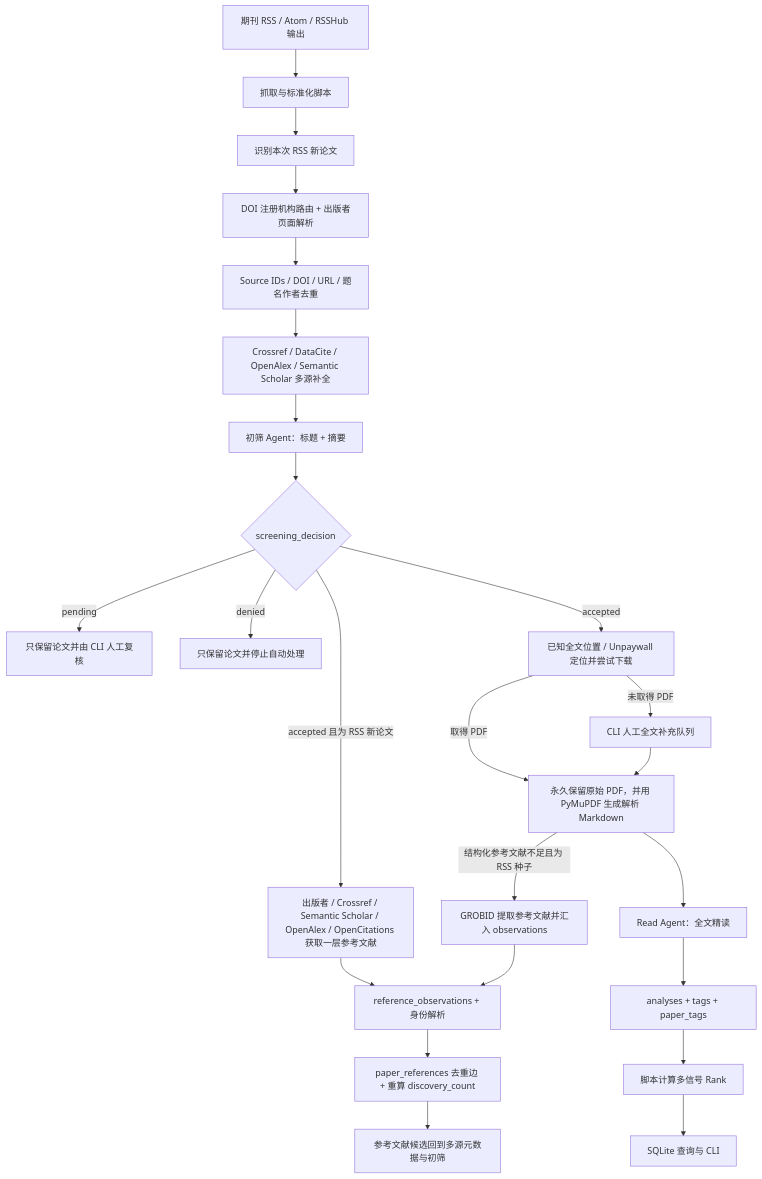
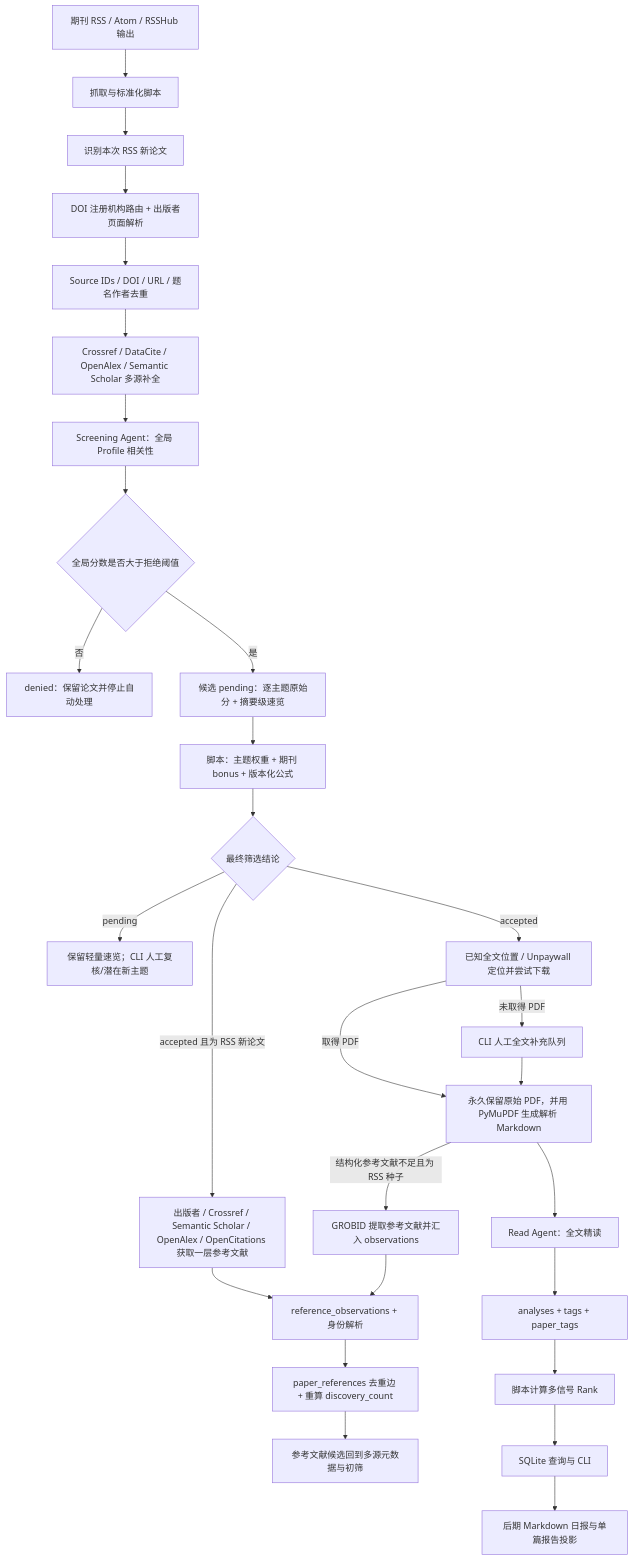
One commit to MeteoBoy4/PaperRadar changed the diagram in intent/draft.md. Above: the diagram before and after it, drawn with Mermaid. The commit also changed other lines of this file, not shown here.

````diff
--- a/intent/draft.md
+++ b/intent/draft.md
@@ -32,26 +36,30 @@
 ```mermaid
 flowchart TD
     A[期刊 RSS / Atom / RSSHub 输出] --> B[抓取与标准化脚本]
     B --> C[识别本次 RSS 新论文]
     C --> D[DOI 注册机构路由 + 出版者页面解析]
     D --> E[Source IDs / DOI / URL / 题名作者去重]
     E --> F[Crossref / DataCite / OpenAlex / Semantic Scholar 多源补全]
-    F --> G[初筛 Agent：标题 + 摘要]
-    G --> H{screening_decision}
-    H -->|pending| I[只保留论文并由 CLI 人工复核]
-    H -->|denied| J[只保留论文并停止自动处理]
-    H -->|accepted 且为 RSS 新论文| K[出版者 / Crossref / Semantic Scholar / OpenAlex / OpenCitations 获取一层参考文献]
+    F --> G[Screening Agent：全局 Profile 相关性]
+    G --> H{全局分数是否大于拒绝阈值}
+    H -->|否| J[denied：保留论文并停止自动处理]
+    H -->|是| I[候选 pending：逐主题原始分 + 摘要级速览]
+    I --> X[脚本：主题权重 + 期刊 bonus + 版本化公式]
+    X --> Y{最终筛选结论}
+    Y -->|pending| Z[保留轻量速览；CLI 人工复核/潜在新主题]
+    Y -->|accepted 且为 RSS 新论文| K[出版者 / Crossref / Semantic Scholar / OpenAlex / OpenCitations 获取一层参考文献]
     K --> L[reference_observations + 身份解析]
     L --> M[paper_references 去重边 + 重算 discovery_count]
     M --> V[参考文献候选回到多源元数据与初筛]
-    H -->|accepted| N[已知全文位置 / Unpaywall 定位并尝试下载]
+    Y -->|accepted| N[已知全文位置 / Unpaywall 定位并尝试下载]
     N -->|取得 PDF| O[永久保留原始 PDF，并用 PyMuPDF 生成解析 Markdown]
     N -->|未取得 PDF| P[CLI 人工全文补充队列]
     P --> O
     O -->|结构化参考文献不足且为 RSS 种子| W[GROBID 提取参考文献并汇入 observations]
     W --> L
     O --> Q[Read Agent：全文精读]
     Q --> R[analyses + tags + paper_tags]
     R --> S[脚本计算多信号 Rank]
     S --> T[SQLite 查询与 CLI]
+    T --> U[后期 Markdown 日报与单篇报告投影]
 ```
````
